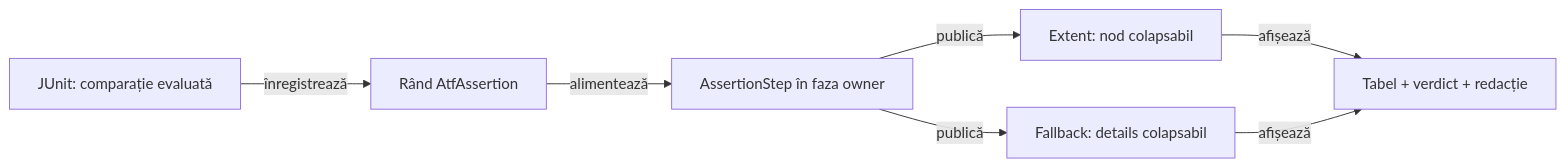
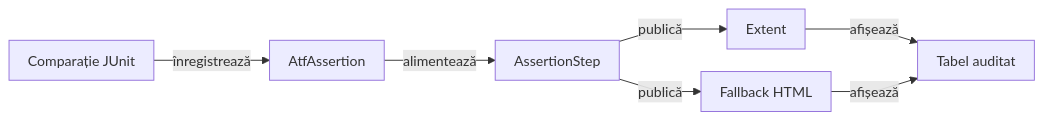
The third of 14 diagrams in atf-reporting/README.md (crististefanita/atf_j0), drawn with Mermaid before and after one commit. The commit also changed other lines of this file and 97 other files, not shown here.

````diff
--- a/atf-reporting/README.md
+++ b/atf-reporting/README.md
@@ -319,9 +321,10 @@
 ```mermaid
+%%{init: {"themeVariables":{"fontSize":"15px"},"themeCSS":".nodeLabel, .nodeLabel p { font-size: 15px !important; line-height: 1.35 !important; } .edgeLabel, .edgeLabel p { font-size: 12px !important; font-weight: 400 !important; line-height: 1.2 !important; } .edgeLabel .labelBkg, .edgeLabel p { background: transparent !important; } .edgeLabel foreignObject { transform: translateY(-18px); overflow: visible; } .node rect { rx: 6px; ry: 6px; }","flowchart":{"curve":"linear","nodeSpacing":24,"rankSpacing":40,"padding":10,"diagramPadding":16}}}%%
 flowchart LR
-    J[JUnit: comparație evaluată] -->|înregistrează| R[Rând AtfAssertion]
-    R -->|alimentează| S[AssertionStep în faza owner]
-    S -->|publică| E[Extent: nod colapsabil]
-    S -->|publică| H[Fallback: details colapsabil]
-    E -->|afișează| V[Tabel + verdict + redacție]
+    J["Comparație JUnit"] -->|înregistrează| R["AtfAssertion"]
+    R -->|alimentează| S["AssertionStep"]
+    S -->|publică| E["Extent"]
+    S -->|publică| H["Fallback HTML"]
+    E -->|afișează| V["Tabel auditat"]
     H -->|afișează| V
 ```
````
